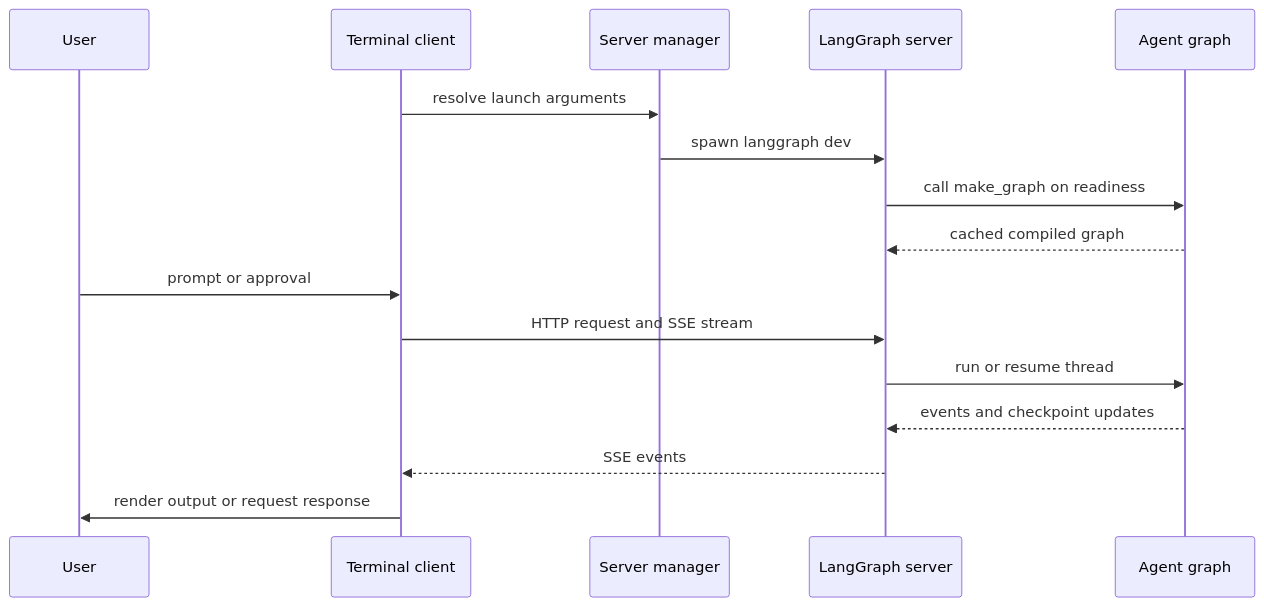
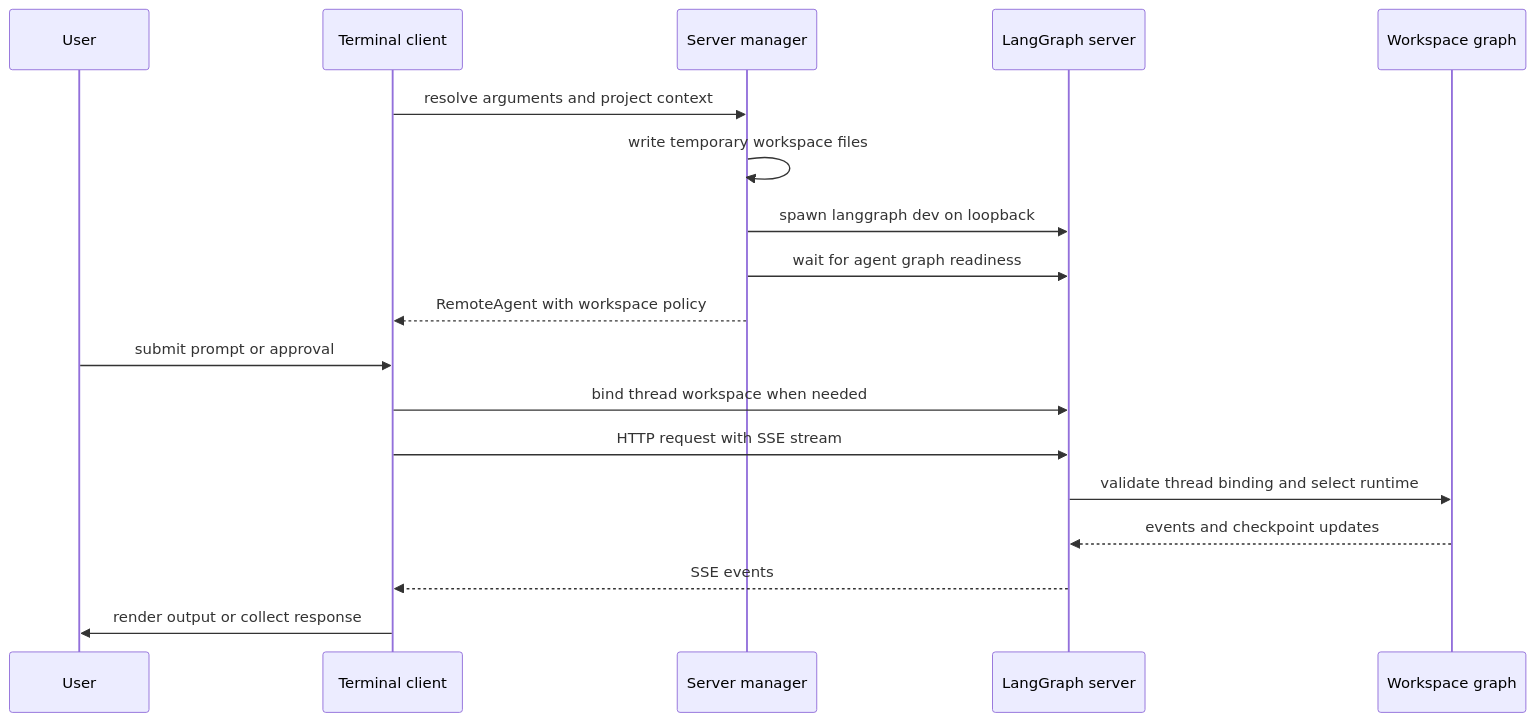
The first of 2 diagrams in openwiki/architecture/code-agent.md (langchain-ai/deepagents), drawn with Mermaid before and after one commit. The commit also changed other lines of this file and 39 other files, not shown here.

````diff
--- a/openwiki/architecture/code-agent.md
+++ b/openwiki/architecture/code-agent.md
@@ -63,19 +52,21 @@
 ```mermaid
 sequenceDiagram
     participant User
     participant Client as Terminal client
     participant Manager as Server manager
     participant Server as LangGraph server
-    participant Graph as Agent graph
+    participant Graph as Workspace graph
 
-    Client->>Manager: resolve launch arguments
-    Manager->>Server: spawn langgraph dev
-    Server->>Graph: call make_graph on readiness
-    Graph-->>Server: cached compiled graph
-    User->>Client: prompt or approval
-    Client->>Server: HTTP request and SSE stream
-    Server->>Graph: run or resume thread
+    Client->>Manager: resolve arguments and project context
+    Manager->>Manager: write temporary workspace files
+    Manager->>Server: spawn langgraph dev on loopback
+    Manager->>Server: wait for agent graph readiness
+    Manager-->>Client: RemoteAgent with workspace policy
+    User->>Client: submit prompt or approval
+    Client->>Server: bind thread workspace when needed
+    Client->>Server: HTTP request with SSE stream
+    Server->>Graph: validate thread binding and select runtime
     Graph-->>Server: events and checkpoint updates
     Server-->>Client: SSE events
-    Client->>User: render output or request response
+    Client->>User: render output or collect response
 ```
````
